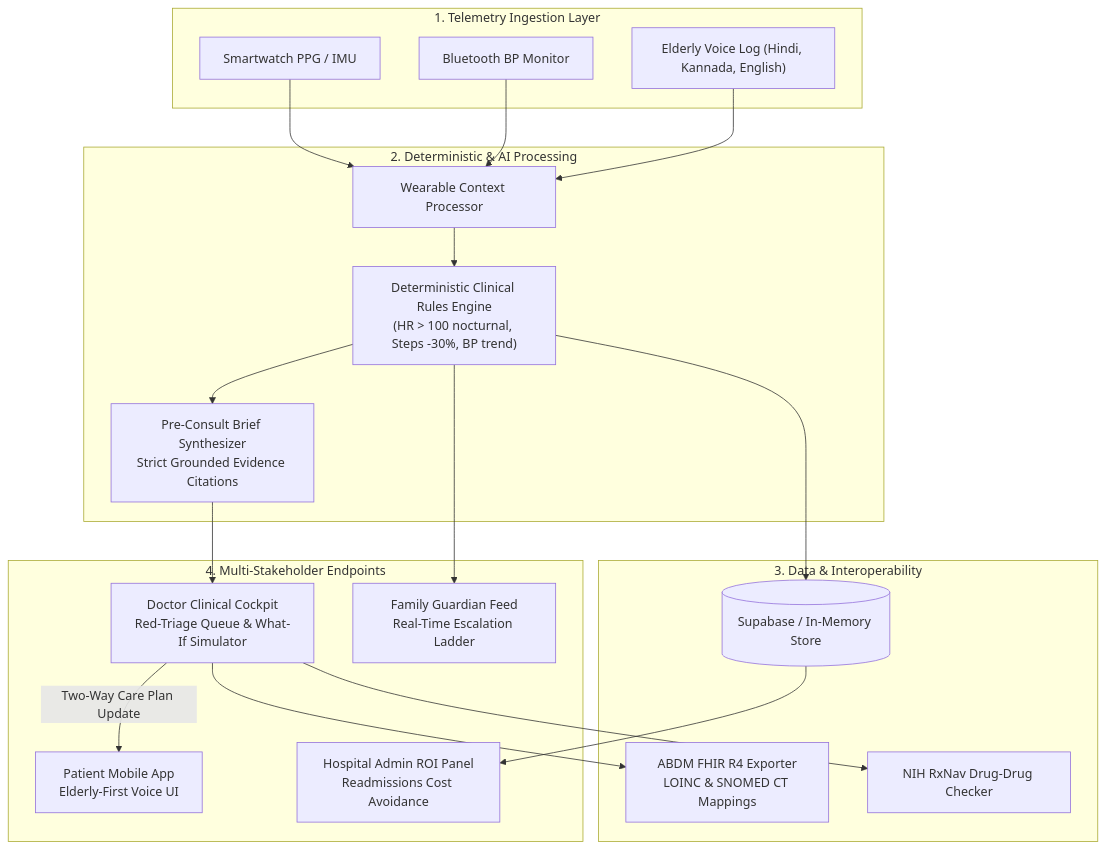
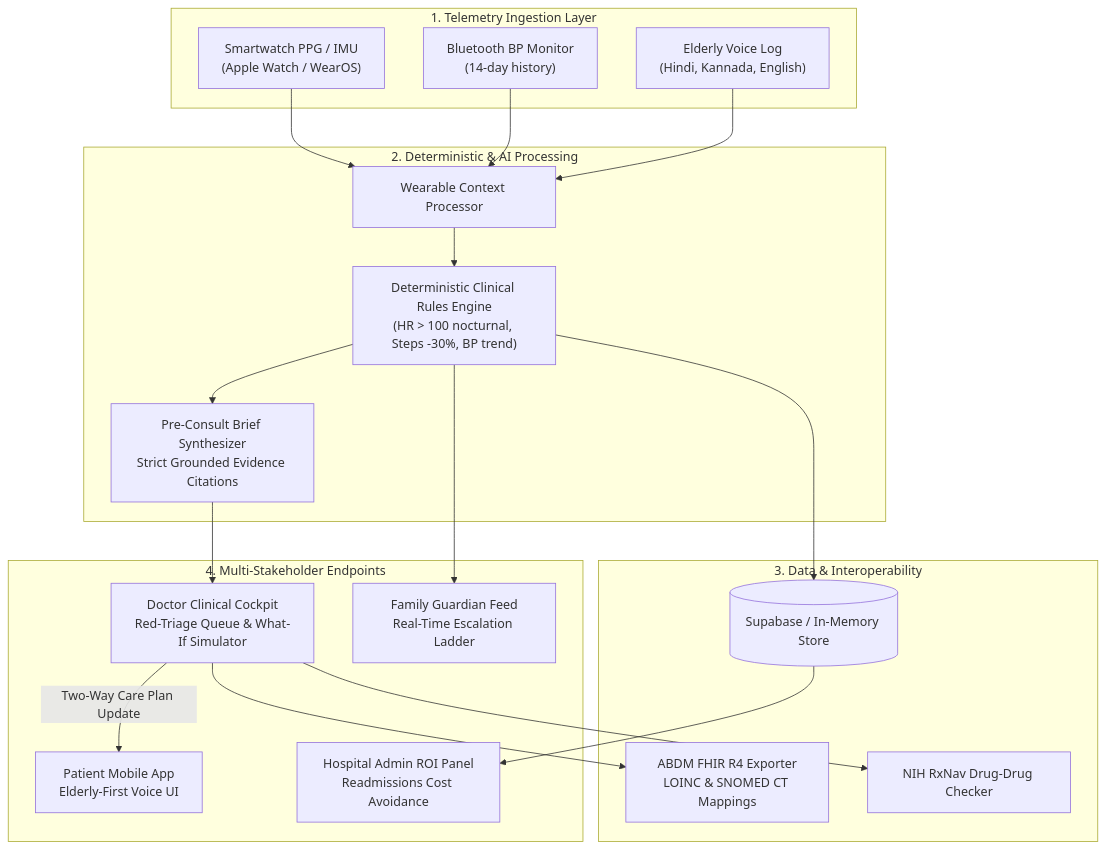
Before and after one commit to Swapnil-Ghosh06/carebridge: the first of 3 diagrams in README.md, drawn with Mermaid. The commit also changed other lines of this file and 10 other files, not shown here.

````diff
--- a/README.md
+++ b/README.md
@@ -100,40 +177,40 @@
 ```mermaid
 flowchart TB
     subgraph SENSORS ["1. Telemetry Ingestion Layer"]
-        W["Smartwatch PPG / IMU"]
-        BPM["Bluetooth BP Monitor"]
-        Voice["Elderly Voice Log (Hindi, Kannada, English)"]
+        W["Smartwatch PPG / IMU<br/>(Apple Watch / WearOS)"]
+        BPM["Bluetooth BP Monitor<br/>(14-day history)"]
+        Voice["Elderly Voice Log<br/>(Hindi, Kannada, English)"]
     end
 
     subgraph ENGINE ["2. Deterministic & AI Processing"]
         Ingest["Wearable Context Processor"]
         Rules["Deterministic Clinical Rules Engine<br/>(HR > 100 nocturnal, Steps -30%, BP trend)"]
         BriefGen["Pre-Consult Brief Synthesizer<br/>Strict Grounded Evidence Citations"]
     end
 
     subgraph STORAGE ["3. Data & Interoperability"]
         DB[("Supabase / In-Memory Store")]
         FHIR["ABDM FHIR R4 Exporter<br/>LOINC & SNOMED CT Mappings"]
         RxNav["NIH RxNav Drug-Drug Checker"]
     end
 
     subgraph ENDPOINTS ["4. Multi-Stakeholder Endpoints"]
         Doctor["Doctor Clinical Cockpit<br/>Red-Triage Queue & What-If Simulator"]
         Family["Family Guardian Feed<br/>Real-Time Escalation Ladder"]
         Patient["Patient Mobile App<br/>Elderly-First Voice UI"]
         Admin["Hospital Admin ROI Panel<br/>Readmissions Cost Avoidance"]
     end
 
     W --> Ingest
     BPM --> Ingest
     Voice --> Ingest
     Ingest --> Rules
     Rules --> DB
     Rules --> BriefGen
     BriefGen --> Doctor
     Rules --> Family
     Doctor -->|"Two-Way Care Plan Update"| Patient
     Doctor --> FHIR
     Doctor --> RxNav
     DB --> Admin
 ```
````
